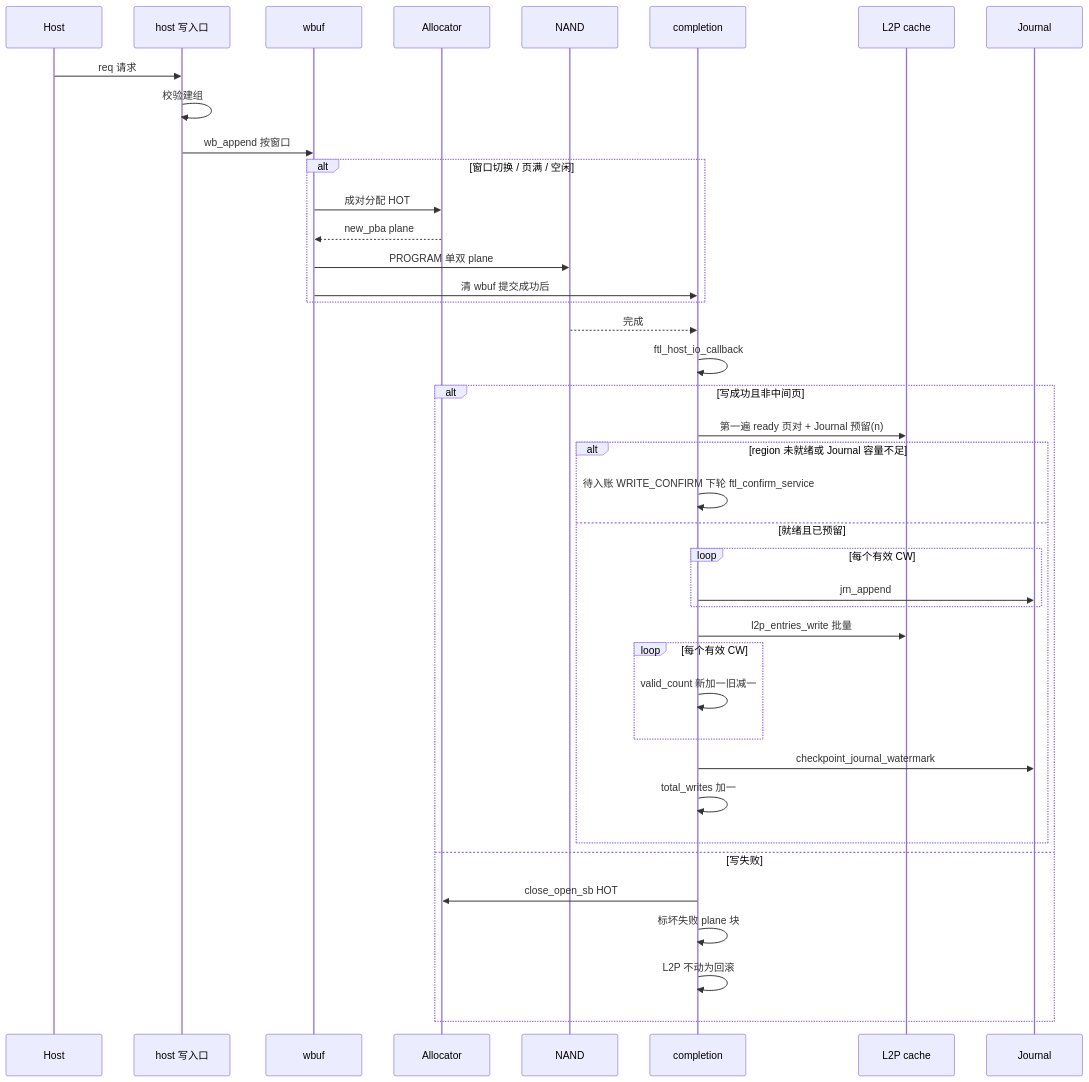
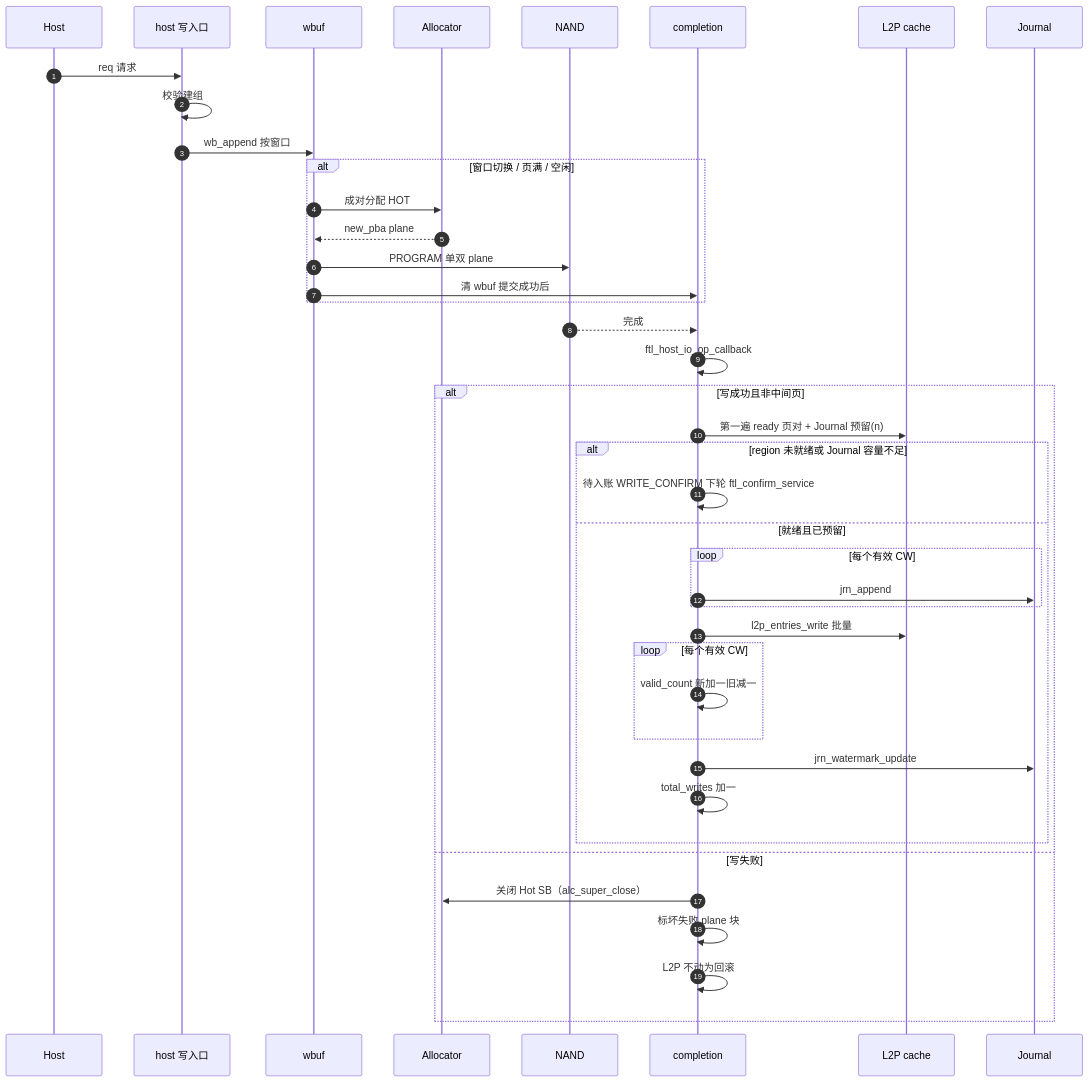
Before and after one commit to YzYMIAO/BASESSD: diagram 45 of 50 in docs/design/ftl_design.md, drawn with Mermaid. The commit also changed other lines of this file and 42 other files, not shown here.

````diff
--- a/docs/design/ftl_design.md
+++ b/docs/design/ftl_design.md
@@ -4603,43 +4934,44 @@
 ```mermaid
 sequenceDiagram
  participant H as Host
+    autonumber
  participant F as host 写入口
  participant W as wbuf
  participant A as Allocator
  participant N as NAND
  participant C as completion
  participant L as L2P cache
  participant J as Journal
 
  H->>F: req 请求
  F->>F: 校验建组
  F->>W: wb_append 按窗口
  alt 窗口切换 / 页满 / 空闲
   W->>A: 成对分配 HOT
   A-->>W: new_pba plane
   W->>N: PROGRAM 单双 plane
   W->>C: 清 wbuf 提交成功后
  end
  N-->>C: 完成
- C->>C: ftl_host_io_callback
+ C->>C: ftl_host_io_op_callback
  alt 写成功且非中间页
   C->>L: 第一遍 ready 页对 + Journal 预留(n)
   alt region 未就绪或 Journal 容量不足
    C->>C: 待入账 WRITE_CONFIRM 下轮 ftl_confirm_service
   else 就绪且已预留
    loop 每个有效 CW
     C->>J: jrn_append
    end
    C->>L: l2p_entries_write 批量
    loop 每个有效 CW
     C->>C: valid_count 新加一旧减一
    end
-   C->>J: checkpoint_journal_watermark
+   C->>J: jrn_watermark_update
    C->>C: total_writes 加一
   end
  else 写失败
-  C->>A: close_open_sb HOT
+  C->>A: 关闭 Hot SB（alc_super_close）
   C->>C: 标坏失败 plane 块
   C->>C: L2P 不动为回滚
  end
 ```
````
